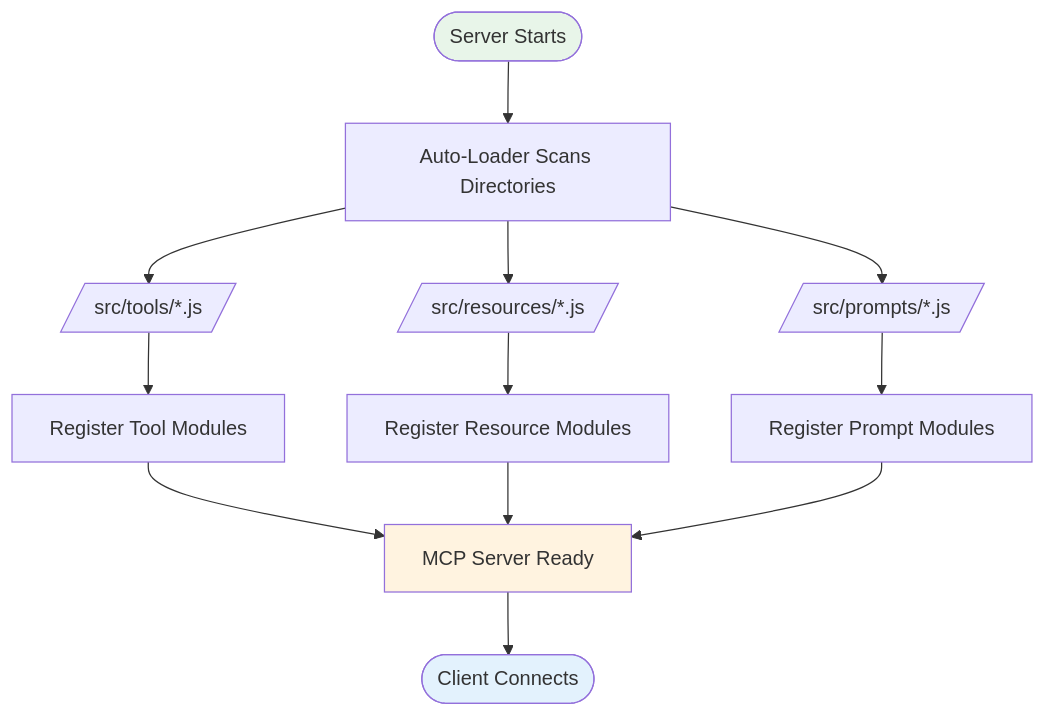
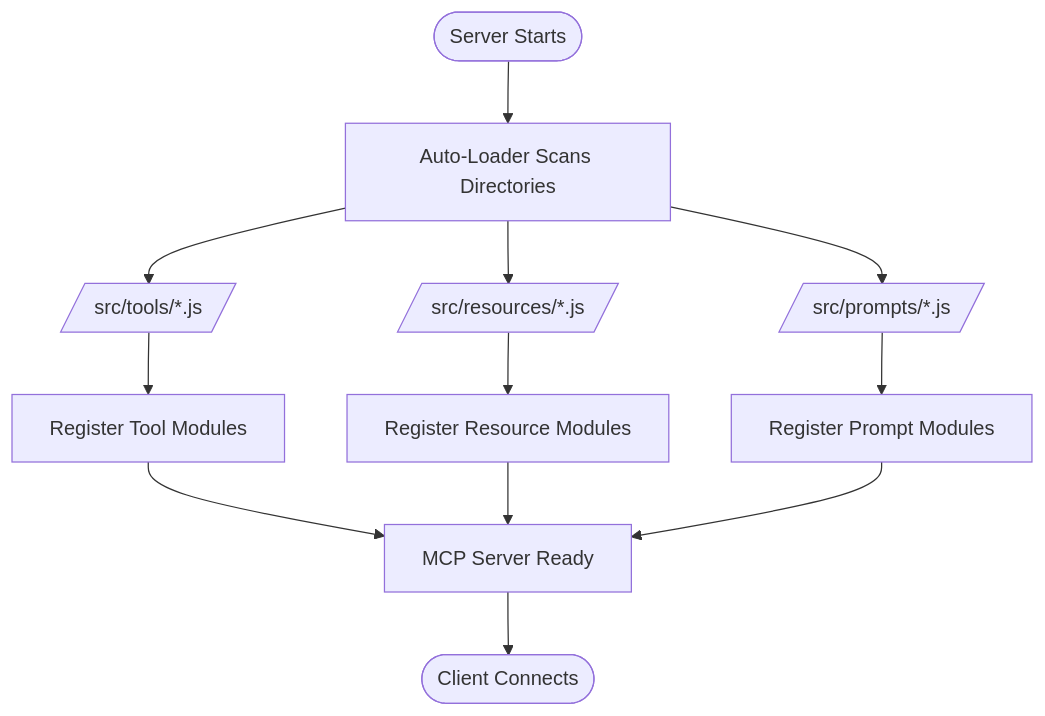
The second of 4 diagrams in README.md (alexanderop/mcp-server-starter-ts), drawn with Mermaid before and after one commit. The commit also changed other lines of this file, not shown here.

````diff
--- a/README.md
+++ b/README.md
@@ -150,21 +143,17 @@
 ```mermaid
 flowchart TB
     Start([Server Starts]) --> Load[Auto-Loader Scans Directories]
     Load --> Tools[/src/tools/*.js/]
     Load --> Resources[/src/resources/*.js/]
     Load --> Prompts[/src/prompts/*.js/]
     
     Tools --> Register1[Register Tool Modules]
     Resources --> Register2[Register Resource Modules]
     Prompts --> Register3[Register Prompt Modules]
     
     Register1 --> Server[MCP Server Ready]
     Register2 --> Server
     Register3 --> Server
     
     Server --> Client([Client Connects])
-    
-    style Start fill:#e8f5e9
-    style Client fill:#e3f2fd
-    style Server fill:#fff3e0
 ```
````
